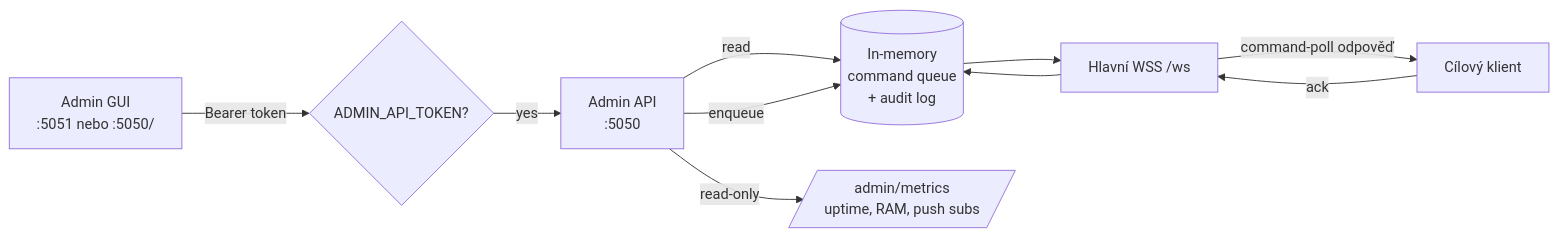
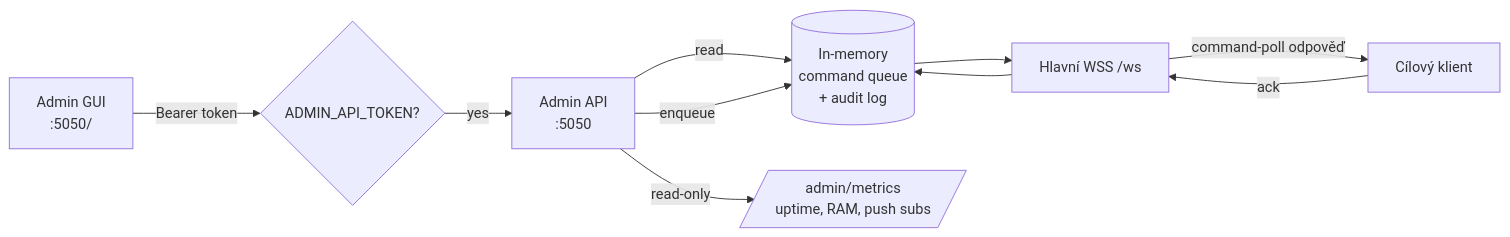
One commit to m5ike/cipherroom-secure-chat changed the fifth of 8 diagrams in README.md. Above: the diagram before and after it, drawn with Mermaid. The commit also changed other lines of this file and 20 other files, not shown here.

````diff
--- a/README.md
+++ b/README.md
@@ -256,18 +256,18 @@
 ```mermaid
 flowchart LR
-    Admin[Admin GUI<br/>:5051 nebo :5050/]
+    Admin[Admin GUI<br/>:5050/]
     Token{ADMIN_API_TOKEN?}
     AdminAPI[Admin API<br/>:5050]
     Queue[(In-memory<br/>command queue<br/>+ audit log)]
     WS[Hlavní WSS /ws]
     Klient[Cílový klient]
 
     Admin -- Bearer token --> Token
     Token -- yes --> AdminAPI
     AdminAPI -- read --> Queue
     AdminAPI -- enqueue --> Queue
     AdminAPI -- read-only --> Metrics[/admin/metrics<br/>uptime, RAM, push subs/]
     Queue --> WS
     WS -- "command-poll" odpověď --> Klient
     Klient -- ack --> WS --> Queue
 ```
````
